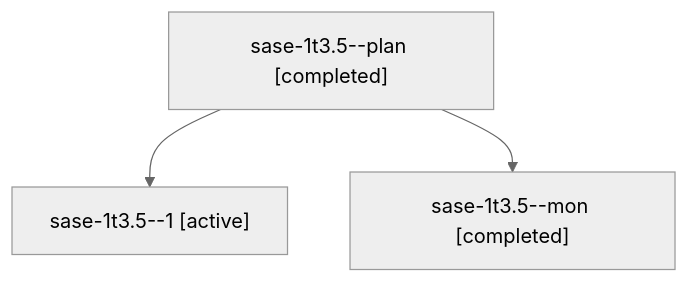
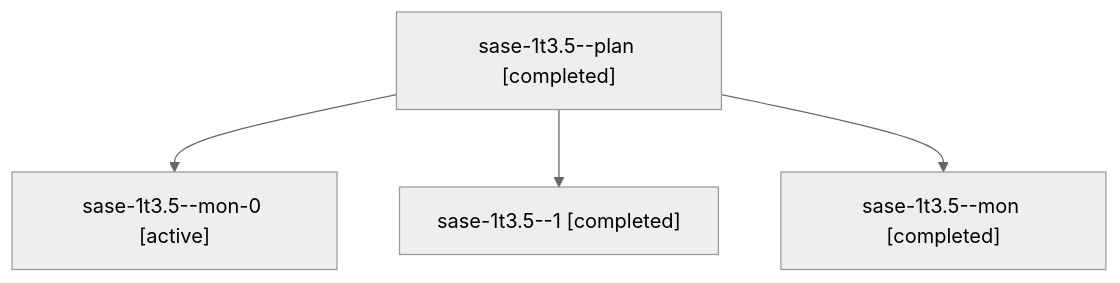
One commit to sase-org/sase--agents changed the diagram in sessions/bbugyi200.athena.sase-1t3.5.md. Above: the diagram before and after it, drawn with Mermaid (neutral theme). The commit also changed other lines of this file and 152 other files, not shown here.

````diff
--- a/sessions/bbugyi200.athena.sase-1t3.5.md
+++ b/sessions/bbugyi200.athena.sase-1t3.5.md
@@ -9,8 +9,10 @@
 ```mermaid
 flowchart TD
   n0["sase-1t3.5--plan [completed]"]
-  n1["sase-1t3.5--1 [active]"]
+  n1["sase-1t3.5--mon-0 [active]"]
   n0 --> n1
-  n2["sase-1t3.5--mon [completed]"]
+  n2["sase-1t3.5--1 [completed]"]
   n0 --> n2
+  n3["sase-1t3.5--mon [completed]"]
+  n0 --> n3
 ```
````
